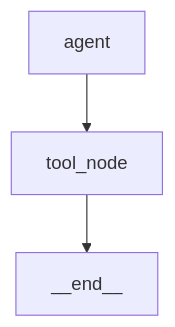
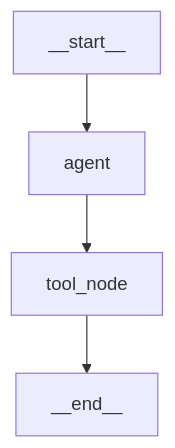
The diagram in src/content/docs/guides/visualize-a-graph.md (10xHub/agentflow-docs), drawn with Mermaid before and after one commit. The commit also changed other lines of this file and 71 other files, not shown here.

````diff
--- a/src/content/docs/guides/visualize-a-graph.md
+++ b/src/content/docs/guides/visualize-a-graph.md
@@ -159,5 +167,6 @@
 ```mermaid
 graph TD
+  __start__ --> agent
   agent --> tool_node
   tool_node --> __end__
 ```
````
